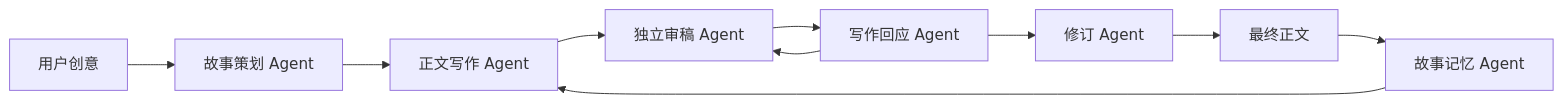
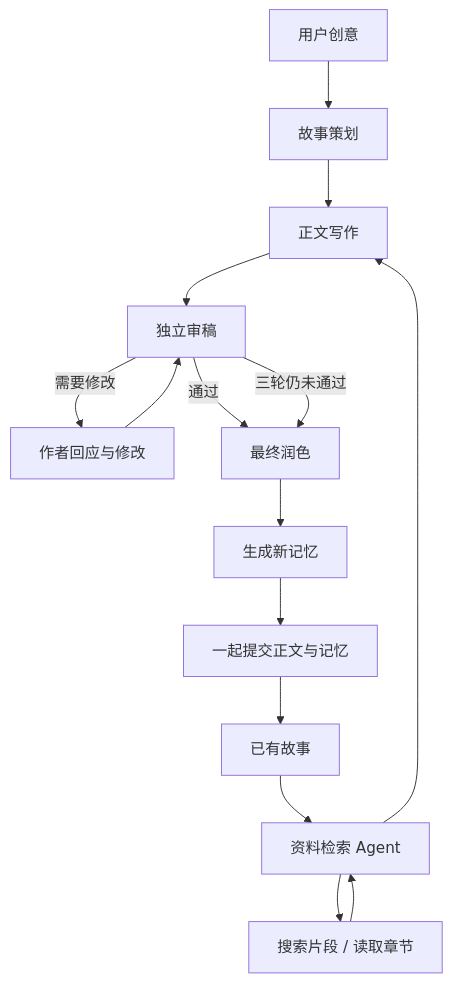
One commit to jackybrons/multi-agent-novel-system changed the diagram in README.md. Above: the diagram before and after it, drawn with Mermaid. The commit also changed other lines of this file and 9 other files, not shown here.

````diff
--- a/README.md
+++ b/README.md
@@ -7,12 +7,17 @@
 ```mermaid
-flowchart LR
-    U[用户创意] --> P[故事策划 Agent]
-    P --> D[正文写作 Agent]
-    D --> C[独立审稿 Agent]
-    C --> W[写作回应 Agent]
+flowchart TD
+    U[用户创意] --> P[故事策划]
+    P --> D[正文写作]
+    H[已有故事] --> Q[资料检索 Agent]
+    Q --> T[搜索片段 / 读取章节]
+    T --> Q
+    Q --> D
+    D --> C[独立审稿]
+    C -->|需要修改| W[作者回应与修改]
     W --> C
-    W --> R[修订 Agent]
-    R --> T[最终正文]
-    T --> M[故事记忆 Agent]
-    M --> D
+    C -->|通过| R[最终润色]
+    C -->|三轮仍未通过| R
+    R --> M[生成新记忆]
+    M --> S[一起提交正文与记忆]
+    S --> H
 ```
````
